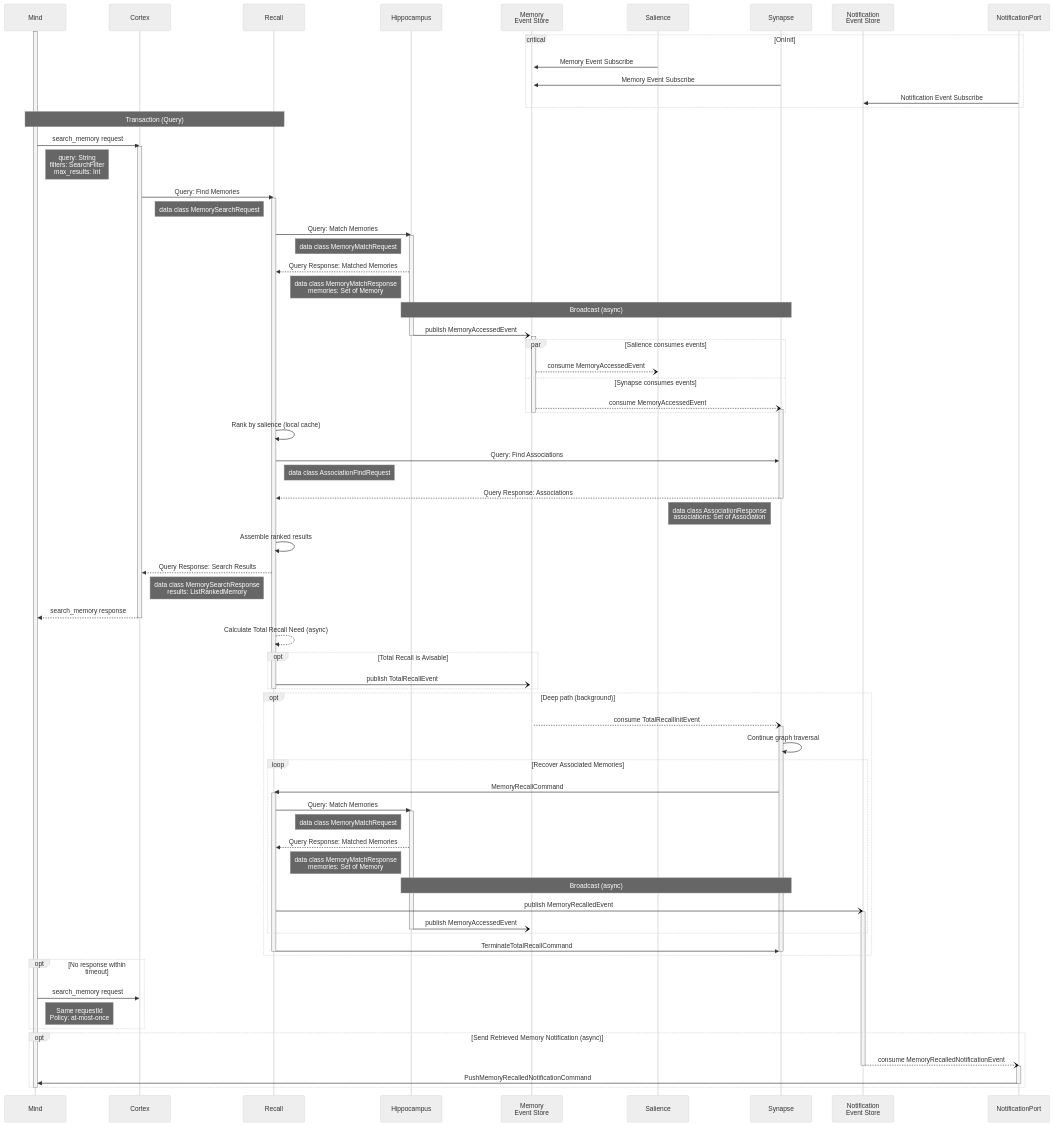
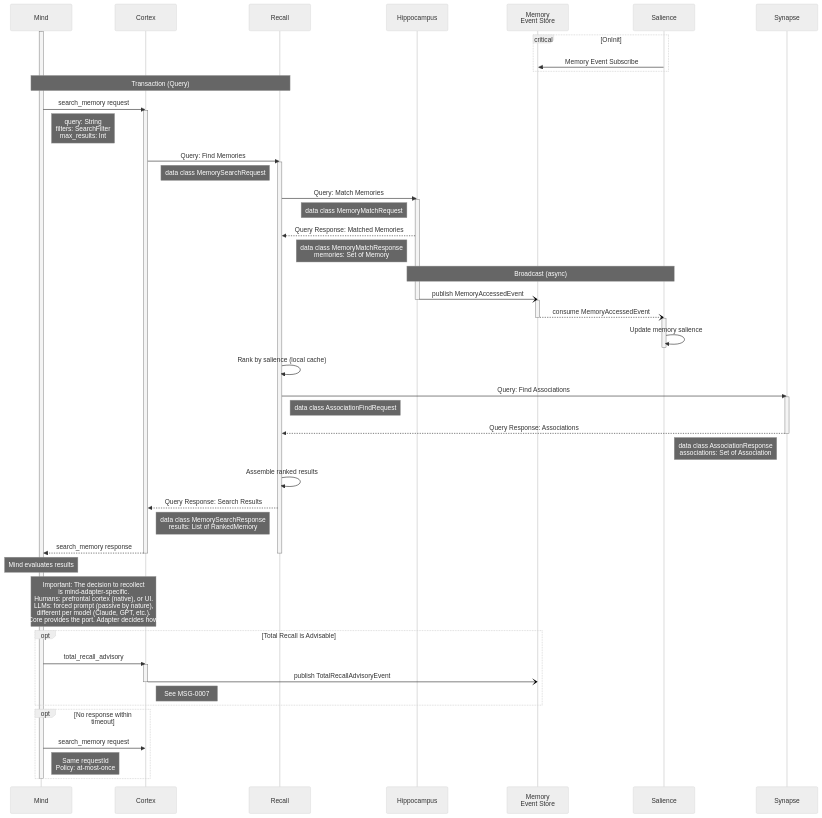
The diagram in site/_includes/diagrams/msg-0002-search-memory.mmd (Mimis-Gildi/mcp-total-recall), drawn with Mermaid (neutral theme) before and after one commit. The commit also changed 4 other files, not shown here.

```diff
--- a/site/_includes/diagrams/msg-0002-search-memory.mmd
+++ b/site/_includes/diagrams/msg-0002-search-memory.mmd
@@ -1,124 +1,77 @@
 sequenceDiagram
     participant M as Mind
     participant CX as Cortex
     participant RC as Recall
     participant HP as Hippocampus
     participant MES as Memory<br/> Event Store
     participant SL as Salience
     participant SY as Synapse
 
-    participant NES as Notification<br/> Event Store
-    participant NP as NotificationPort
-
     activate M
-    activate MES
 
     critical OnInit
         SL ->> MES: Memory Event Subscribe
-        SY ->> MES: Memory Event Subscribe
-        NP ->> NES: Notification Event Subscribe
     end
-
-
 
     Note over M,RC: Transaction (Query)
     M->>CX: search_memory request
     activate CX
     Note right of M: query: String<br/>filters: SearchFilter<br/>max_results: Int
 
     CX->>RC: Query: Find Memories
     activate RC
     Note left of RC: data class MemorySearchRequest
 
     RC->>HP: Query: Match Memories
     activate HP
     Note left of HP: data class MemoryMatchRequest
 
     HP-->>RC: Query Response: Matched Memories
-    Note left of HP: data class MemoryMatchResponse<br/>memories: Set of Memory;
+    Note left of HP: data class MemoryMatchResponse<br/>memories: Set of Memory
 
-    Note over HP,SY: Broadcast (async)
+    Note over HP,SL: Broadcast (async)
     HP-)MES: publish MemoryAccessedEvent
     deactivate HP
     activate MES
-    par Salience consumes events
-        MES--)SL: consume MemoryAccessedEvent
-        activate SL
-
-    and Synapse consumes events
-        MES--)SY: consume MemoryAccessedEvent
-        activate SY
-    end
-
+    MES--)SL: consume MemoryAccessedEvent
     deactivate MES
+    activate SL
+    SL->>SL: Update memory salience
+    deactivate SL
 
     RC->>RC: Rank by salience (local cache)
 
     RC->>SY: Query: Find Associations
+    activate SY
     Note right of RC: data class AssociationFindRequest
 
     SY-->>RC: Query Response: Associations
     deactivate SY
     Note left of SY: data class AssociationResponse<br/>associations: Set of Association
 
     RC->>RC: Assemble ranked results
 
     RC-->>CX: Query Response: Search Results
-    Note left of RC: data class MemorySearchResponse<br/>results: ListRankedMemory;
+    Note left of RC: data class MemorySearchResponse<br/>results: List of RankedMemory
 
     CX-->>M: search_memory response
     deactivate CX
-
-    RC-->>RC: Calculate Total Recall Need (async)
-
-    opt Total Recall is Avisable
-        RC-)MES: publish TotalRecallEvent
-    end
     deactivate RC
 
+    Note over M: Mind evaluates results
+    Note over M,CX: Important: The decision to recollect<br/>is mind-adapter-specific.<br/>Humans: prefrontal cortex (native), or UI.<br/>LLMs: forced prompt (passive by nature),<br/>different per model (Claude, GPT, etc.).<br/>Core provides the port. Adapter decides how.
 
-%%    NES--)SL: consume MemoryAccessedEvent
-%%    Note right of SL: Resets vividity clock
-
-    opt Deep path (background)
-        MES--)SY: consume TotalRecallInitEvent
-        activate SY
-        SY->>SY: Continue graph traversal
-        loop Recover Associated Memories
-            SY->>RC: MemoryRecallCommand
-            activate RC
-            RC->>HP: Query: Match Memories
-            activate HP
-            Note left of HP: data class MemoryMatchRequest
-            HP-->>RC: Query Response: Matched Memories
-            Note left of HP: data class MemoryMatchResponse<br/>memories: Set of Memory;
-
-            Note over HP,SY: Broadcast (async)
-            RC-)NES: publish MemoryRecalledEvent
-            activate NES
-            HP-)MES: publish MemoryAccessedEvent
-            deactivate HP
-        end
-
-        RC->>SY: TerminateTotalRecallCommand
-        deactivate SY
-        deactivate RC
-
-%%        RC-)NP: Deep association results
-%%        NP-)M: search_memory notification
+    opt Total Recall is Advisable
+        M->>CX: total_recall_advisory
+        activate CX
+        CX-)MES: publish TotalRecallAdvisoryEvent
+        deactivate CX
+        Note right of CX: See MSG-0007
     end
 
     opt No response within timeout
         M->>CX: search_memory request
         Note right of M: Same requestId<br/>Policy: at-most-once
     end
 
-    opt Send Retrieved Memory Notification (async)
-        NES--)NP: consume MemoryRecalledNotificationEvent
-        activate NP
-        deactivate NES
-        NP->>M: PushMemoryRecalledNotificationCommand
-        deactivate NP
-    end
-
     deactivate M
```
